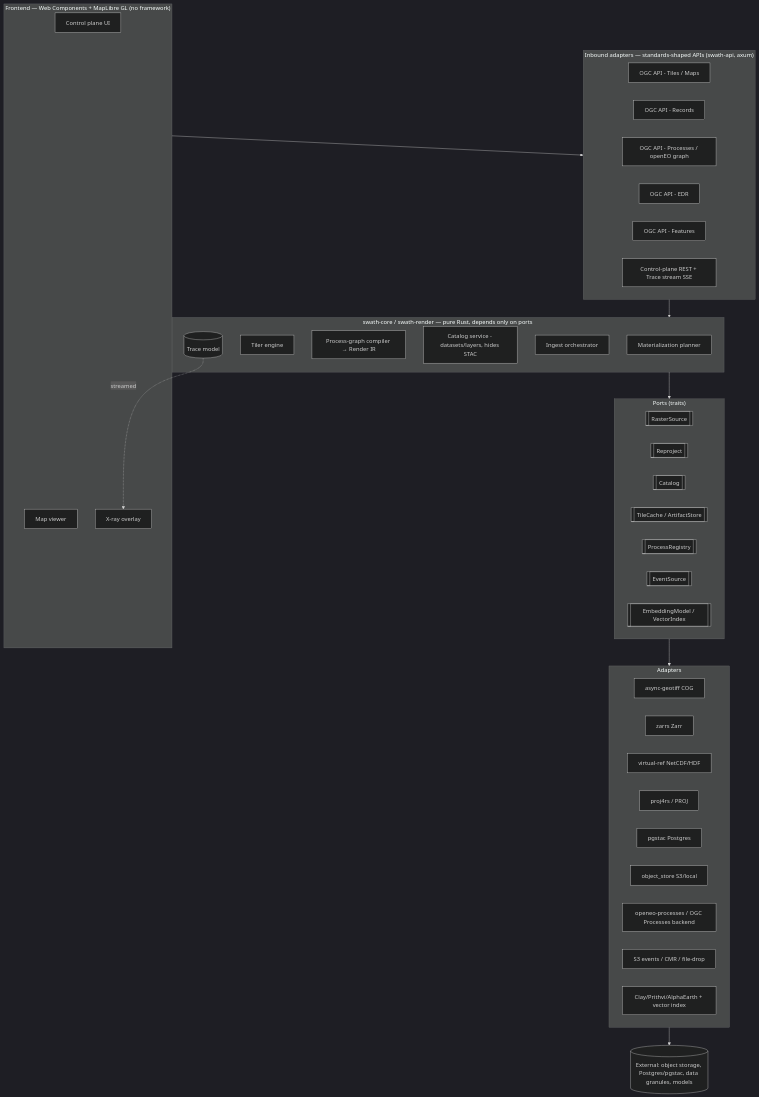
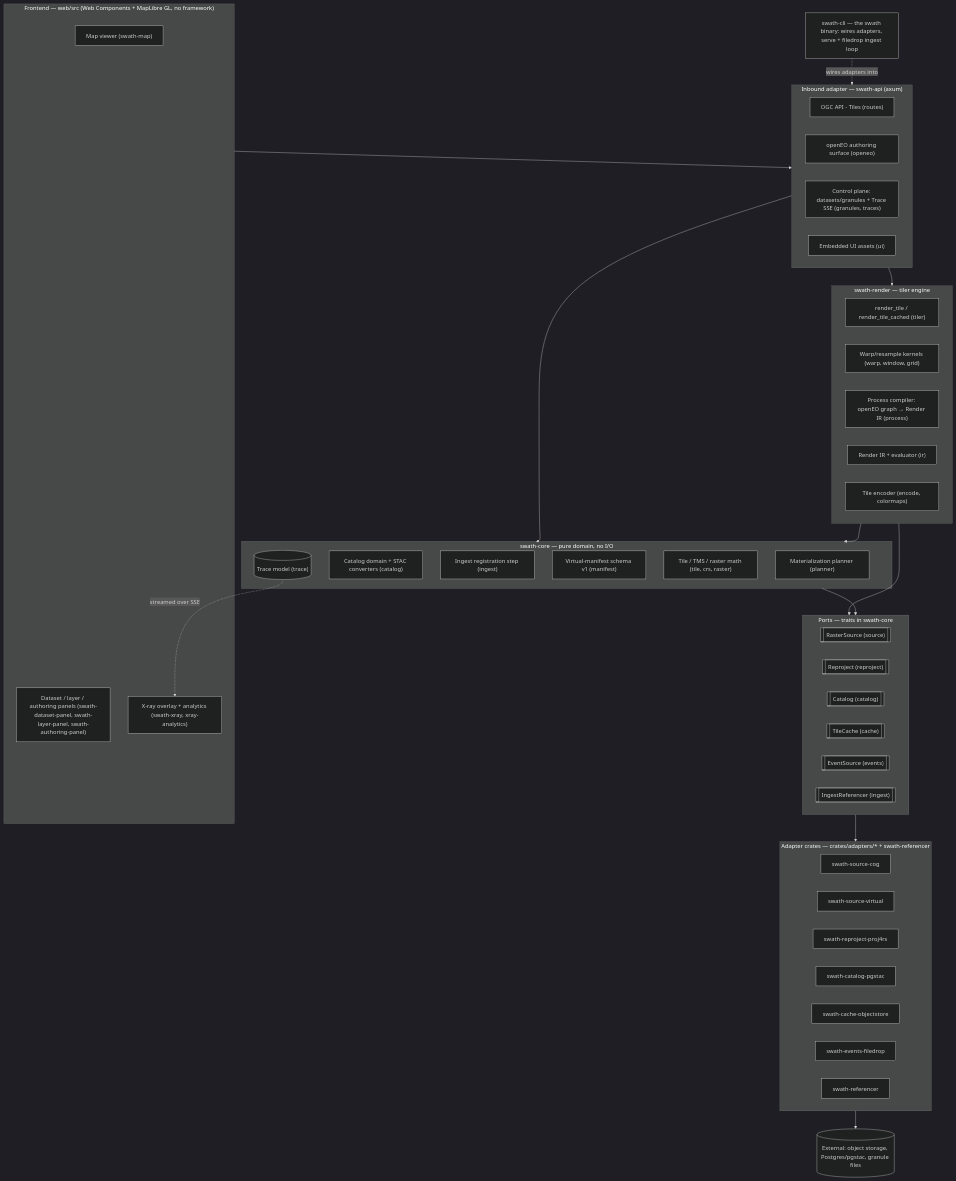
Before and after one commit to forgo/swath: the first of 4 diagrams in docs/ARCHITECTURE.md, drawn with Mermaid (dark theme). The commit also changed other lines of this file, not shown here.

First line of the commit message:
docs(architecture): reconcile component model, ports, and layout with the code

````diff
--- a/docs/ARCHITECTURE.md
+++ b/docs/ARCHITECTURE.md
@@ -47,53 +53,65 @@
 ```mermaid
 flowchart TB
-  subgraph FE["Frontend — Web Components + MapLibre GL (no framework)"]
-    UI[Control plane UI]
-    MAP[Map viewer]
-    XRAY[X-ray overlay]
+  subgraph FE["Frontend — web/src (Web Components + MapLibre GL, no framework)"]
+    MAP["Map viewer (swath-map)"]
+    PANELS["Dataset / layer / authoring panels (swath-dataset-panel, swath-layer-panel, swath-authoring-panel)"]
+    XRAY["X-ray overlay + analytics (swath-xray, xray-analytics)"]
   end
 
-  subgraph IN["Inbound adapters — standards-shaped APIs (swath-api, axum)"]
-    TILES[OGC API - Tiles / Maps]
-    RECORDS[OGC API - Records]
-    PROC[OGC API - Processes / openEO graph]
-    EDR[OGC API - EDR]
-    FEAT[OGC API - Features]
-    CP[Control-plane REST + Trace stream SSE]
+  subgraph IN["Inbound adapter — swath-api (axum)"]
+    TILES["OGC API - Tiles (routes)"]
+    OEO["openEO authoring surface (openeo)"]
+    CP["Control plane: datasets/granules + Trace SSE (granules, traces)"]
+    UIA["Embedded UI assets (ui)"]
   end
 
-  subgraph CORE["swath-core / swath-render — pure Rust, depends only on ports"]
-    PLAN[Materialization planner]
-    TILER[Tiler engine]
-    COMP[Process-graph compiler → Render IR]
-    CAT[Catalog service - datasets/layers, hides STAC]
-    ING[Ingest orchestrator]
-    TRACE[(Trace model)]
+  subgraph RENDER["swath-render — tiler engine"]
+    TILER["render_tile / render_tile_cached (tiler)"]
+    WARP["Warp/resample kernels (warp, window, grid)"]
+    COMP["Process compiler: openEO graph → Render IR (process)"]
+    IRX["Render IR + evaluator (ir)"]
+    ENC["Tile encoder (encode, colormaps)"]
   end
 
-  subgraph PORTS["Ports (traits)"]
-    P_SRC[[RasterSource]]
-    P_RPJ[[Reproject]]
-    P_CAT[[Catalog]]
-    P_CACHE[[TileCache / ArtifactStore]]
-    P_PROC[[ProcessRegistry]]
-    P_EVT[[EventSource]]
-    P_EMB[[EmbeddingModel / VectorIndex]]
+  subgraph CORE["swath-core — pure domain, no I/O"]
+    PLAN["Materialization planner (planner)"]
+    CATD["Catalog domain + STAC converters (catalog)"]
+    ING["Ingest registration step (ingest)"]
+    MANI["Virtual-manifest schema v1 (manifest)"]
+    TMS["Tile / TMS / raster math (tile, crs, raster)"]
+    TRACE[("Trace model (trace)")]
   end
 
-  subgraph ADS["Adapters"]
-    A_COG[async-geotiff COG]
-    A_ZARR[zarrs Zarr]
-    A_VIRT[virtual-ref NetCDF/HDF]
-    A_PROJ[proj4rs / PROJ]
-    A_PG[pgstac Postgres]
-    A_OS[object_store S3/local]
-    A_OEO[openeo-processes / OGC Processes backend]
-    A_EVT[S3 events / CMR / file-drop]
-    A_EMB[Clay/Prithvi/AlphaEarth + vector index]
+  subgraph PORTS["Ports — traits in swath-core"]
+    P_SRC[["RasterSource (source)"]]
+    P_RPJ[["Reproject (reproject)"]]
+    P_CAT[["Catalog (catalog)"]]
+    P_CACHE[["TileCache (cache)"]]
+    P_EVT[["EventSource (events)"]]
+    P_REF[["IngestReferencer (ingest)"]]
   end
 
-  EXT[(External: object storage, Postgres/pgstac, data granules, models)]
+  subgraph ADS["Adapter crates — crates/adapters/* + swath-referencer"]
+    A_COG["swath-source-cog"]
+    A_VIRT["swath-source-virtual"]
+    A_PROJ["swath-reproject-proj4rs"]
+    A_PG["swath-catalog-pgstac"]
+    A_OS["swath-cache-objectstore"]
+    A_EVT["swath-events-filedrop"]
+    A_REF["swath-referencer"]
+  end
 
-  FE --> IN --> CORE --> PORTS --> ADS --> EXT
-  TRACE -. streamed .-> XRAY
+  CLI["swath-cli — the swath binary: wires adapters, serve + filedrop ingest loop"]
+  EXT[("External: object storage, Postgres/pgstac, granule files")]
+
+  FE --> IN
+  IN --> RENDER
+  IN --> CORE
+  RENDER --> CORE
+  RENDER --> PORTS
+  CORE --> PORTS
+  PORTS --> ADS
+  ADS --> EXT
+  CLI -. wires adapters into .-> IN
+  TRACE -. streamed over SSE .-> XRAY
 ```
````
